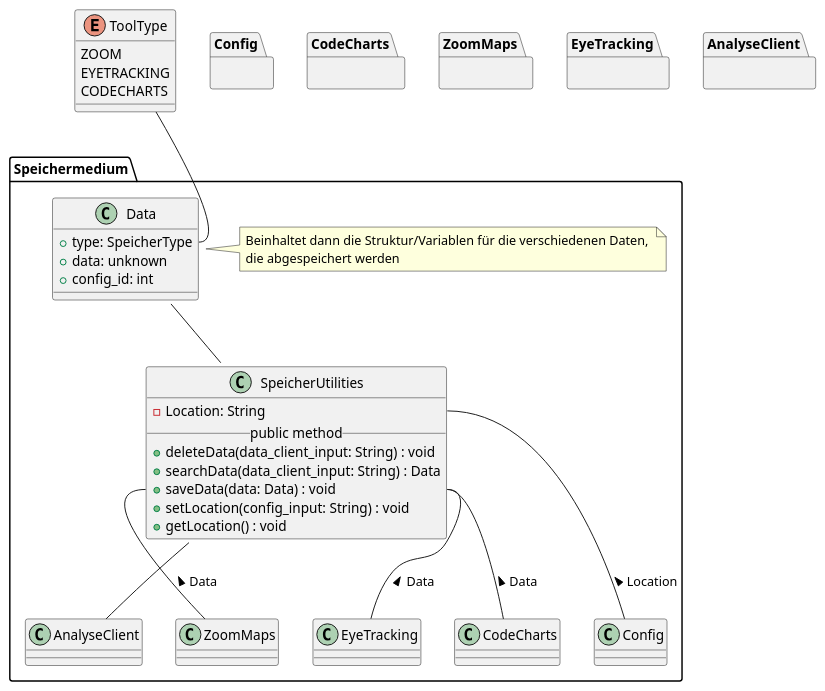
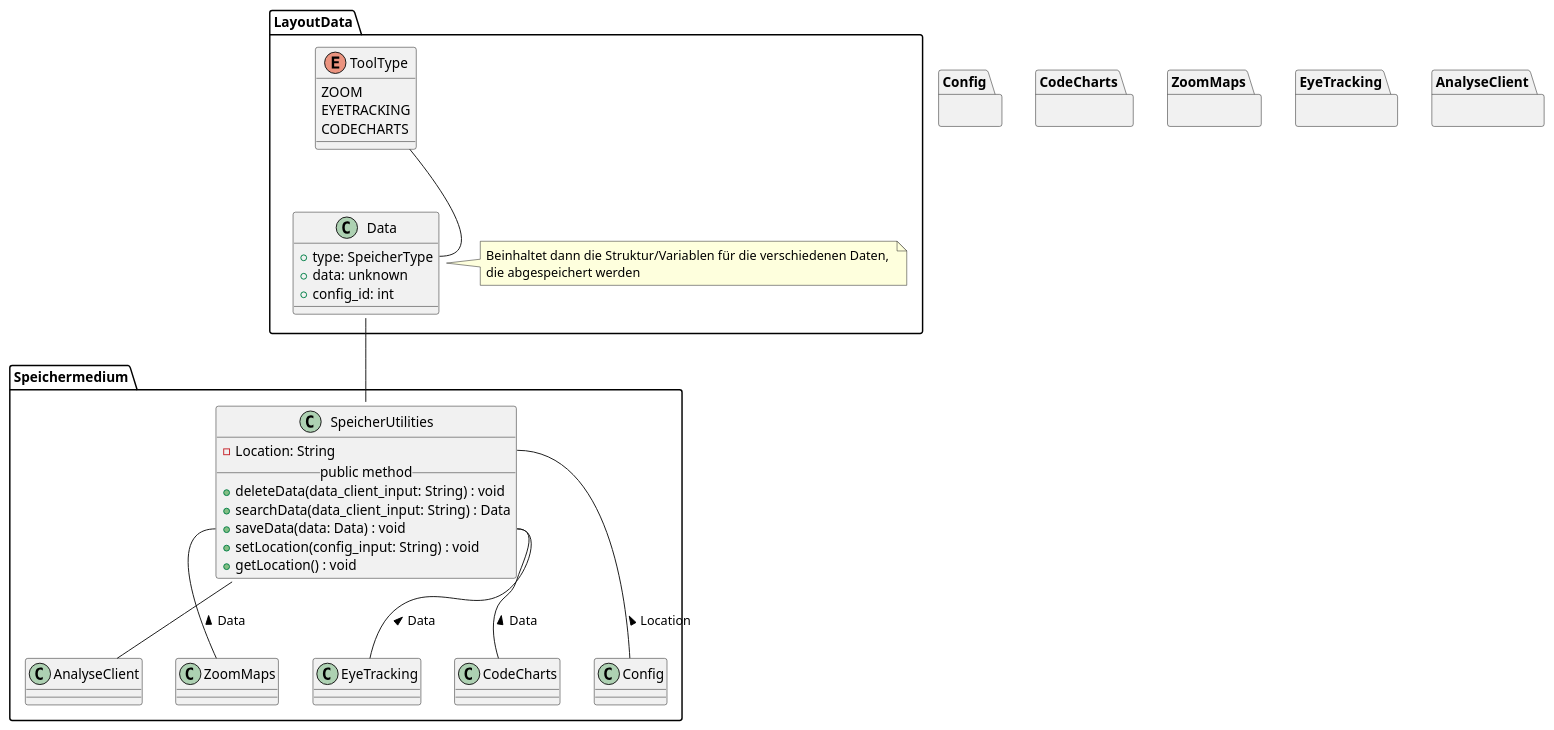
The diagram in meilenstein_03/uml-speichermedium/speichermedium.puml (weichware10/meilensteine), drawn with PlantUML before and after one commit.

Commit message:
Alles raus

```diff
--- a/meilenstein_03/uml-speichermedium/speichermedium.puml
+++ b/meilenstein_03/uml-speichermedium/speichermedium.puml
@@ -1,60 +1,65 @@
 @startuml speichermedium
 ' === Speichermedium ===
 package Speichermedium {
       ' SpeicherUtilities
       class SpeicherUtilities {
          - Location: String
          __public method__
          + deleteData(data_client_input: String) : void
          + searchData(data_client_input: String) : Data
          + saveData(data: Data) : void
          + setLocation(config_input: String) : void
          + getLocation() : void
      }
 
-      class Data {
-         + type: SpeicherType
-         + data: unknown
-         + config_id: int
-      }
-
-      note right of Data
-         Beinhaltet dann die Struktur/Variablen für die verschiedenen Daten, 
-         die abgespeichert werden
-      end note
-
       
-
-      ' Interaktionen
-      
-      Data -- SpeicherUtilities
 
      ' Andere Module
      SpeicherUtilities::Location -- Config : < Location
      SpeicherUtilities::saveData -- CodeCharts : < Data
      SpeicherUtilities::saveData -- ZoomMaps : < Data
      SpeicherUtilities::saveData -- EyeTracking : < Data
      SpeicherUtilities -- AnalyseClient
 }
+
+package LayoutData {
+
+class Data {
+   + type: SpeicherType
+   + data: unknown
+   + config_id: int
+}
+
+note right of Data
+   Beinhaltet dann die Struktur/Variablen für die verschiedenen Daten, 
+   die abgespeichert werden
+end note
+
+      
+
+' Interaktionen
+      
+Data -- SpeicherUtilities
 
 ToolType -- Data::type
 
 ' ToolType
       enum ToolType {
          ZOOM
          EYETRACKING
          CODECHARTS
       }
 
+}
 ' Blackboxen / Andere Module
  package Config {}
 
  package CodeCharts {}
 
  package ZoomMaps {}
 
  package EyeTracking {}
 
  package AnalyseClient {}
 
 @enduml
```
